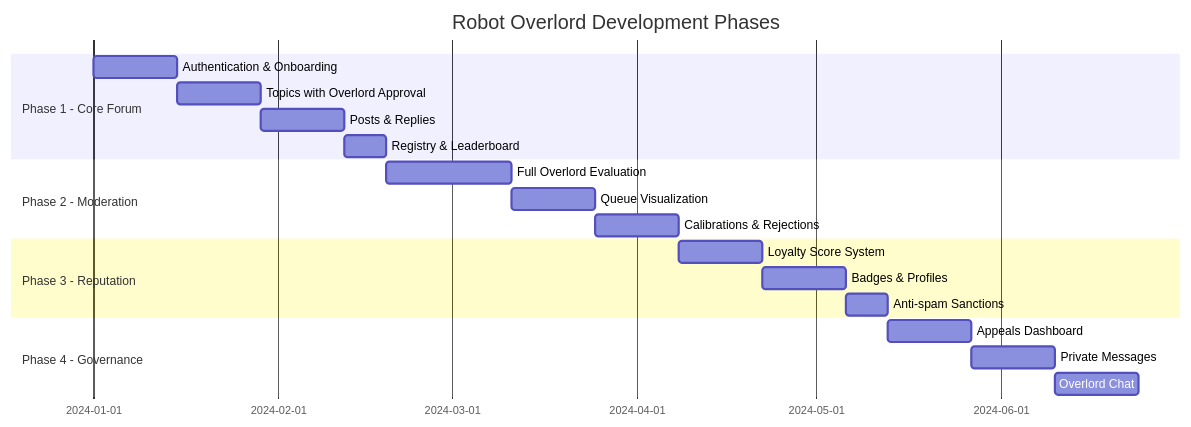
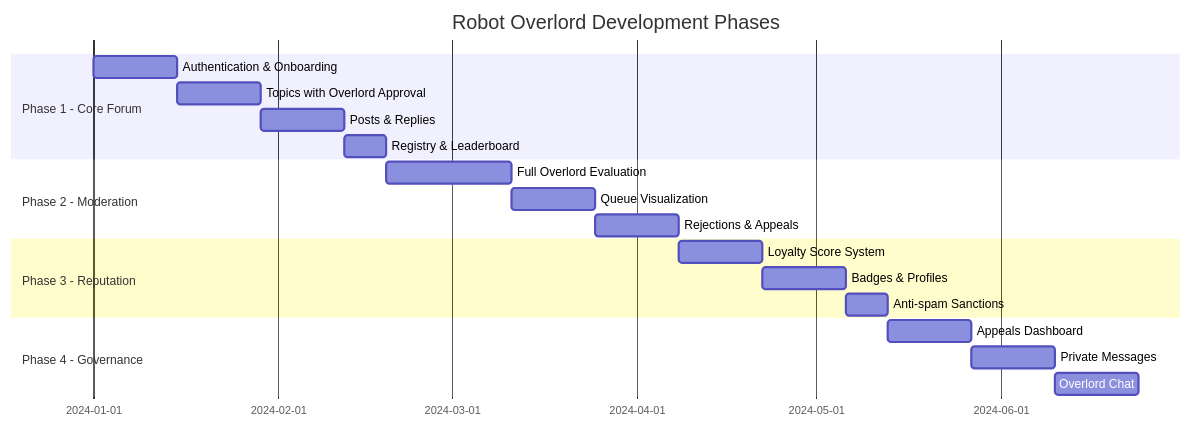
The first of 2 diagrams in docs/business-requirements/19-success-delivery.md (joshSzep/therobotoverlord-mono), drawn with Mermaid before and after one commit. The commit also changed other lines of this file and 2 other files, not shown here.

````diff
--- a/docs/business-requirements/19-success-delivery.md
+++ b/docs/business-requirements/19-success-delivery.md
@@ -5,25 +5,25 @@
 ```mermaid
 gantt
     title Robot Overlord Development Phases
     dateFormat  YYYY-MM-DD
     section Phase 1 - Core Forum
     Authentication & Onboarding    :p1-auth, 2024-01-01, 2w
     Topics with Overlord Approval  :p1-topics, after p1-auth, 2w
     Posts & Replies               :p1-posts, after p1-topics, 2w
     Registry & Leaderboard        :p1-registry, after p1-posts, 1w
     
     section Phase 2 - Moderation
     Full Overlord Evaluation      :p2-eval, after p1-registry, 3w
     Queue Visualization           :p2-queue, after p2-eval, 2w
-    Calibrations & Rejections     :p2-feedback, after p2-queue, 2w
+    Rejections & Appeals          :p2-feedback, after p2-queue, 2w
     
     section Phase 3 - Reputation
     Loyalty Score System          :p3-loyalty, after p2-feedback, 2w
     Badges & Profiles            :p3-badges, after p3-loyalty, 2w
     Anti-spam Sanctions          :p3-sanctions, after p3-badges, 1w
     
     section Phase 4 - Governance
     Appeals Dashboard            :p4-appeals, after p3-sanctions, 2w
     Private Messages             :p4-messages, after p4-appeals, 2w
     Overlord Chat               :p4-chat, after p4-messages, 2w
 ```
````
